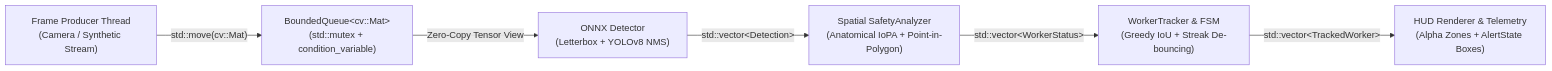
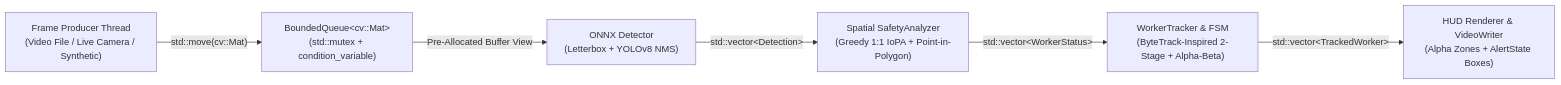
One commit to nngnamm/industrial-safety-engine changed the diagram in README.md. Above: the diagram before and after it, drawn with Mermaid. The commit also changed other lines of this file and 15 other files, not shown here.

Commit message:
fix(core): enforce strict-weak-ordering, explicit homography failure, ONNX contract validation, and real video CLI

````diff
--- a/README.md
+++ b/README.md
@@ -13,8 +13,8 @@
 ```mermaid
 flowchart LR
-    Cam["Frame Producer Thread\n(Camera / Synthetic Stream)"] -->|"std::move(cv::Mat)"| Queue["BoundedQueue&lt;cv::Mat&gt;\n(std::mutex + condition_variable)"]
-    Queue -->|"Zero-Copy Tensor View"| Det["ONNX Detector\n(Letterbox + YOLOv8 NMS)"]
-    Det -->|"std::vector&lt;Detection&gt;"| Geo["Spatial SafetyAnalyzer\n(Anatomical IoPA + Point-in-Polygon)"]
-    Geo -->|"std::vector&lt;WorkerStatus&gt;"| Trk["WorkerTracker & FSM\n(Greedy IoU + Streak De-bouncing)"]
-    Trk -->|"std::vector&lt;TrackedWorker&gt;"| Hud["HUD Renderer & Telemetry\n(Alpha Zones + AlertState Boxes)"]
+    Cam["Frame Producer Thread\n(Video File / Live Camera / Synthetic)"] -->|"std::move(cv::Mat)"| Queue["BoundedQueue&lt;cv::Mat&gt;\n(std::mutex + condition_variable)"]
+    Queue -->|"Pre-Allocated Buffer View"| Det["ONNX Detector\n(Letterbox + YOLOv8 NMS)"]
+    Det -->|"std::vector&lt;Detection&gt;"| Geo["Spatial SafetyAnalyzer\n(Greedy 1:1 IoPA + Point-in-Polygon)"]
+    Geo -->|"std::vector&lt;WorkerStatus&gt;"| Trk["WorkerTracker & FSM\n(ByteTrack-Inspired 2-Stage + Alpha-Beta)"]
+    Trk -->|"std::vector&lt;TrackedWorker&gt;"| Hud["HUD Renderer & VideoWriter\n(Alpha Zones + AlertState Boxes)"]
 ```
````
